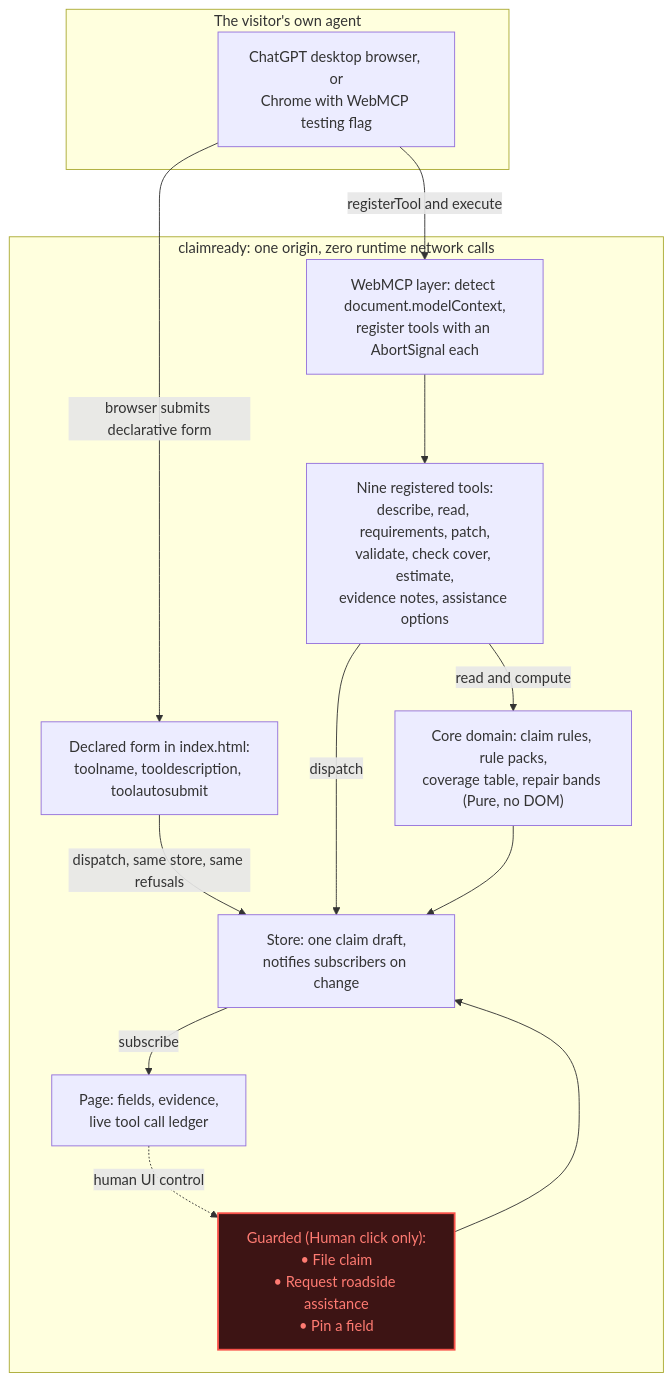
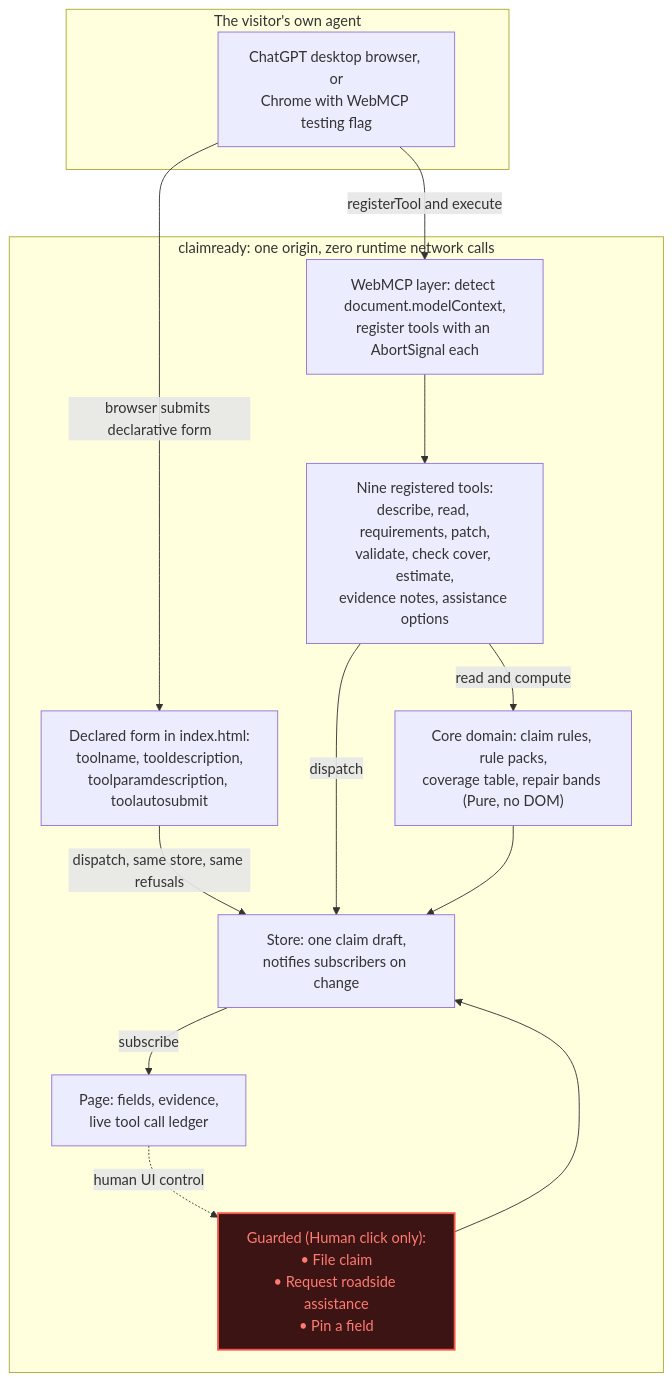
The first of 2 diagrams in README.md (upgradedev/claimready), drawn with Mermaid before and after one commit. The commit also changed 2 other files, not shown here.

````diff
--- a/README.md
+++ b/README.md
@@ -218,30 +218,30 @@
 ```mermaid
 flowchart TB
   subgraph outside["The visitor's own agent"]
     AG["ChatGPT desktop browser, or<br/>Chrome with WebMCP testing flag"]
   end
 
   subgraph origin["claimready: one origin, zero runtime network calls"]
     MCP["WebMCP layer: detect document.modelContext,<br/>register tools with an AbortSignal each"]
     TOOLS["Nine registered tools:<br/>describe, read, requirements, patch,<br/>validate, check cover, estimate,<br/>evidence notes, assistance options"]
-    FORM["Declared form in index.html:<br/>toolname, tooldescription, toolautosubmit"]
+    FORM["Declared form in index.html:<br/>toolname, tooldescription,<br/>toolparamdescription, toolautosubmit"]
     STORE["Store: one claim draft,<br/>notifies subscribers on change"]
     CORE["Core domain: claim rules, rule packs,<br/>coverage table, repair bands (Pure, no DOM)"]
     UI["Page: fields, evidence,<br/>live tool call ledger"]
     HUMAN["Guarded (Human click only):<br/>• File claim<br/>• Request roadside assistance<br/>• Pin a field"]
   end
 
   AG -->|"registerTool and execute"| MCP
   AG -->|"browser submits declarative form"| FORM
   MCP --> TOOLS
   FORM -->|"dispatch, same store, same refusals"| STORE
   TOOLS -->|"dispatch"| STORE
   TOOLS -->|"read and compute"| CORE
   STORE -->|"subscribe"| UI
   CORE --> STORE
   UI -.->|"human UI control"| HUMAN
   HUMAN --> STORE
 
   classDef guarded fill:#3d1414,stroke:#f85149,stroke-width:2px,color:#ff7b72
   class HUMAN guarded
 ```
````
